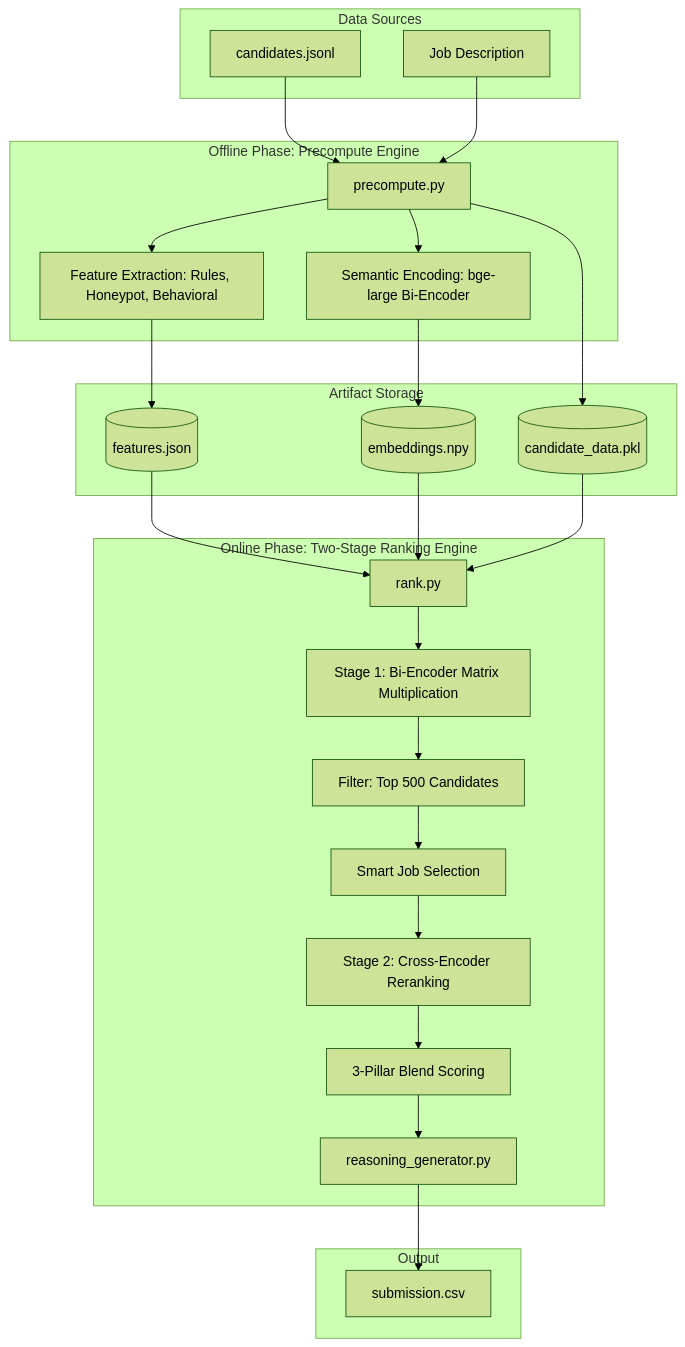
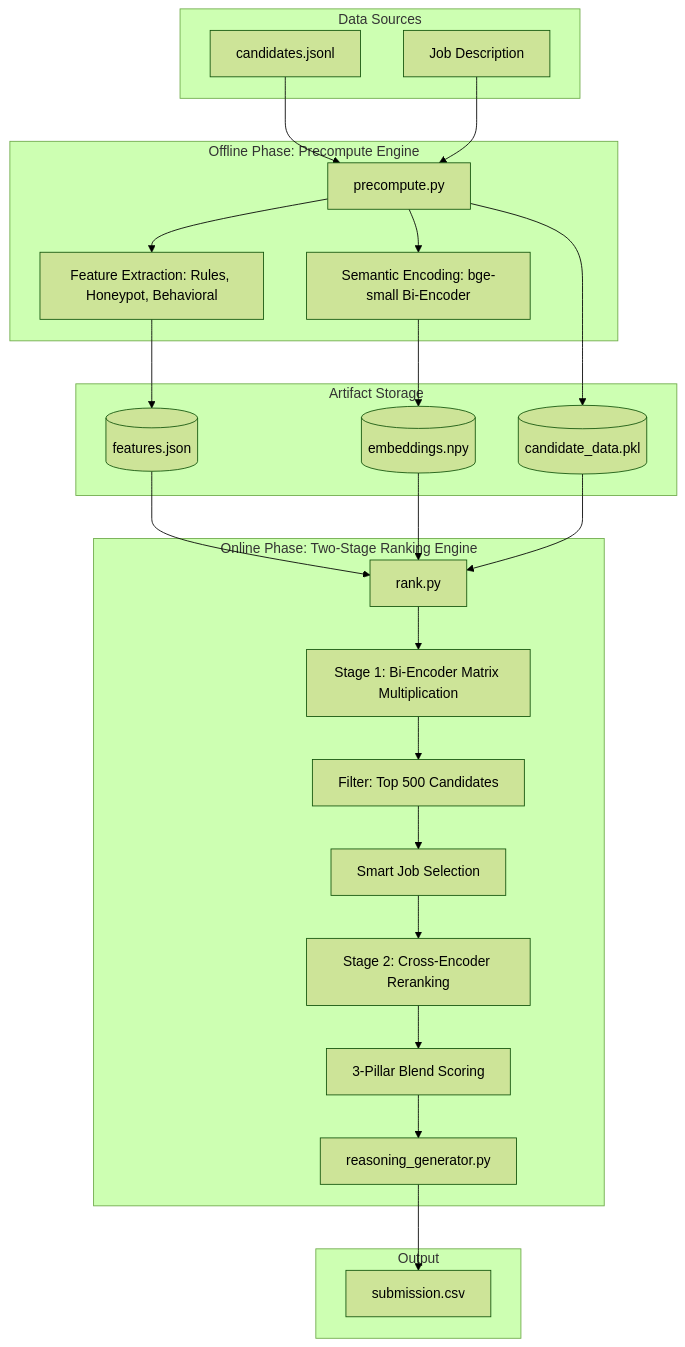
One commit to Amanjha112113/ai-candidate-ranker changed the diagram in architecture.md. Above: the diagram before and after it, drawn with Mermaid (forest theme). The commit also changed other lines of this file and 2 other files, not shown here.

Commit message:
chore: revert to bge-small for speed and memory efficiency

````diff
--- a/architecture.md
+++ b/architecture.md
@@ -9,52 +9,52 @@
 ```mermaid
 graph TD
     subgraph Data Sources
     A[candidates.jsonl]
     B[Job Description]
     end
 
     subgraph Offline Phase: Precompute Engine
     C[precompute.py]
     D[Feature Extraction: Rules, Honeypot, Behavioral]
-    E[Semantic Encoding: bge-large Bi-Encoder]
+    E[Semantic Encoding: bge-small Bi-Encoder]
     end
 
     subgraph Artifact Storage
     F[(features.json)]
     G[(embeddings.npy)]
     H[(candidate_data.pkl)]
     end
 
     subgraph Online Phase: Two-Stage Ranking Engine
     I[rank.py]
     J[Stage 1: Bi-Encoder Matrix Multiplication]
     K[Filter: Top 500 Candidates]
     L[Stage 2: Cross-Encoder Reranking]
     M[Smart Job Selection]
     N[3-Pillar Blend Scoring]
     O[reasoning_generator.py]
     end
 
     subgraph Output
     P[submission.csv]
     end
 
     A --> C
     B --> C
     C --> D
     C --> E
     D --> F
     E --> G
     C --> H
 
     F --> I
     G --> I
     H --> I
     I --> J
     J --> K
     K --> M
     M --> L
     L --> N
     N --> O
     O --> P
 ```
````
